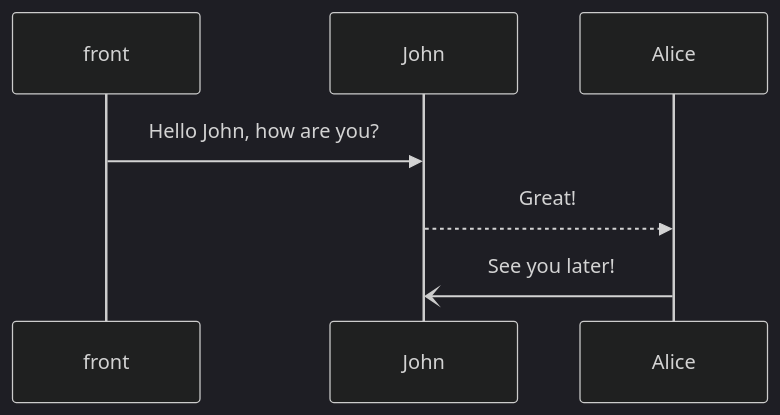
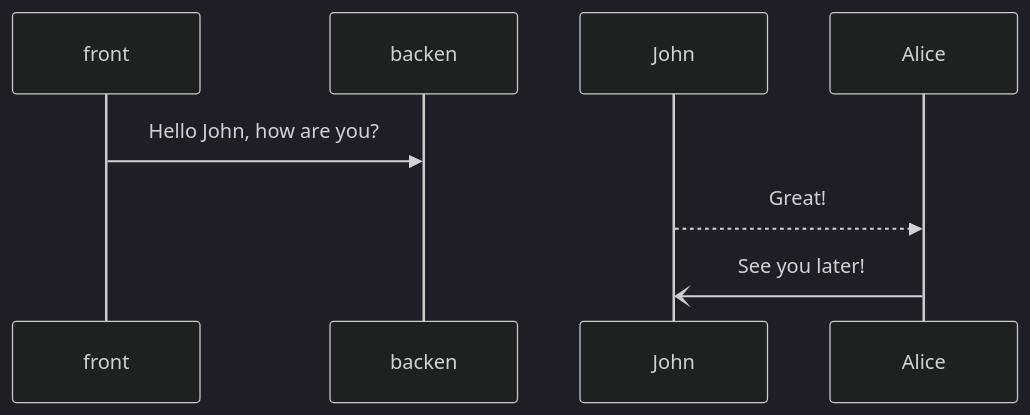
Before and after one commit to yingjianzh/iodraw-files: the diagram in all/未命名-4.md, drawn with Mermaid (dark theme).

Commit message:
2024-08-05 11:11:47 update

````diff
--- a/all/未命名-4.md
+++ b/all/未命名-4.md
@@ -1,6 +1,6 @@
 ```mermaid
 sequenceDiagram
-    front->>John: Hello John, how are you?
+    front->>backen: Hello John, how are you?
     John-->>Alice: Great!
     Alice-)John: See you later!
 ```
````
